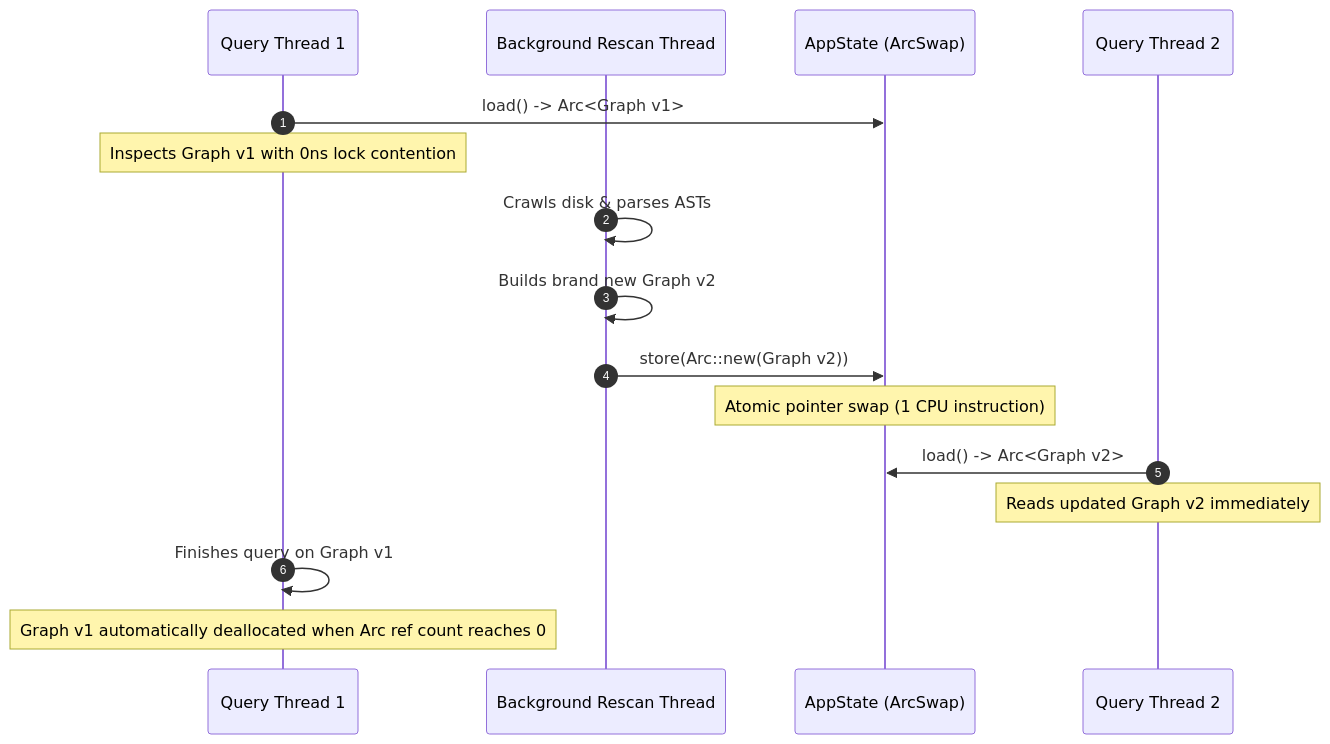
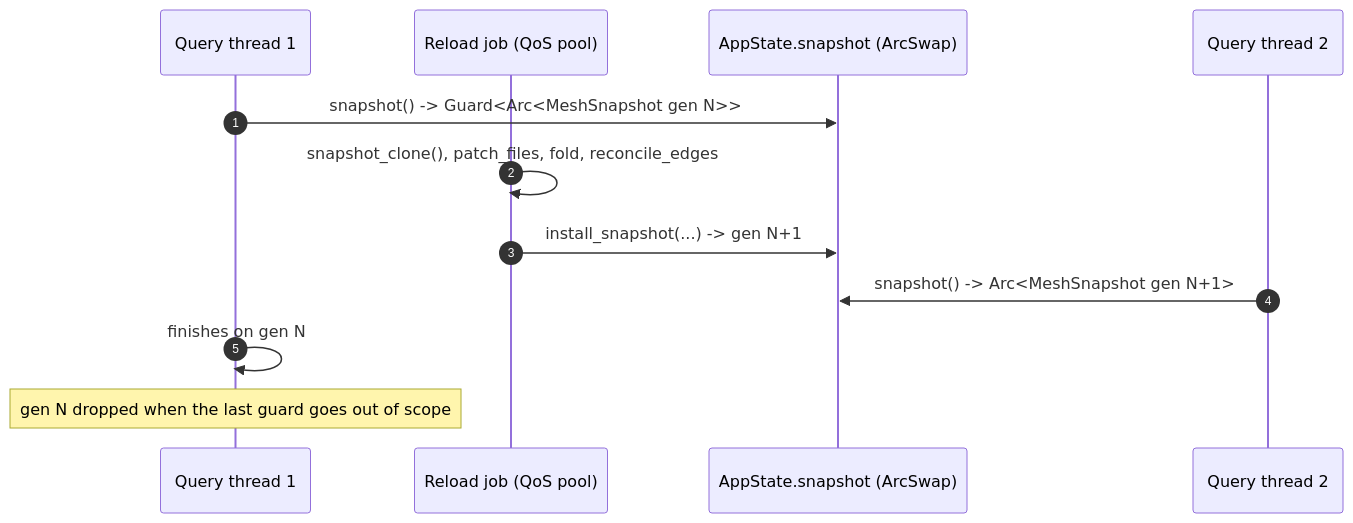
Before and after one commit to VictorAgahi/causalmesh: the first of 2 diagrams in .agents/skills/mesh-graph-reconciliation/DEEPENING.md, drawn with Mermaid. The commit also changed other lines of this file and 29 other files, not shown here.

````diff
--- a/.agents/skills/mesh-graph-reconciliation/DEEPENING.md
+++ b/.agents/skills/mesh-graph-reconciliation/DEEPENING.md
@@ -23,19 +39,15 @@
 ```mermaid
 sequenceDiagram
     autonumber
-    participant Q1 as Query Thread 1
-    participant Rescan as Background Rescan Thread
-    participant State as AppState (ArcSwap)
-    participant Q2 as Query Thread 2
+    participant Q1 as Query thread 1
+    participant Rescan as Reload job (QoS pool)
+    participant State as AppState.snapshot (ArcSwap)
+    participant Q2 as Query thread 2
 
-    Q1->>State: load() -> Arc<Graph v1>
-    Note over Q1: Inspects Graph v1 with 0ns lock contention
-    Rescan->>Rescan: Crawls disk & parses ASTs
-    Rescan->>Rescan: Builds brand new Graph v2
-    Rescan->>State: store(Arc::new(Graph v2))
-    Note over State: Atomic pointer swap (1 CPU instruction)
-    Q2->>State: load() -> Arc<Graph v2>
-    Note over Q2: Reads updated Graph v2 immediately
-    Q1->>Q1: Finishes query on Graph v1
-    Note over Q1: Graph v1 automatically deallocated when Arc ref count reaches 0
+    Q1->>State: snapshot() -> Guard<Arc<MeshSnapshot gen N>>
+    Rescan->>Rescan: snapshot_clone(), patch_files, fold, reconcile_edges
+    Rescan->>State: install_snapshot(...) -> gen N+1
+    Q2->>State: snapshot() -> Arc<MeshSnapshot gen N+1>
+    Q1->>Q1: finishes on gen N
+    Note over Q1: gen N dropped when the last guard goes out of scope
 ```
````
